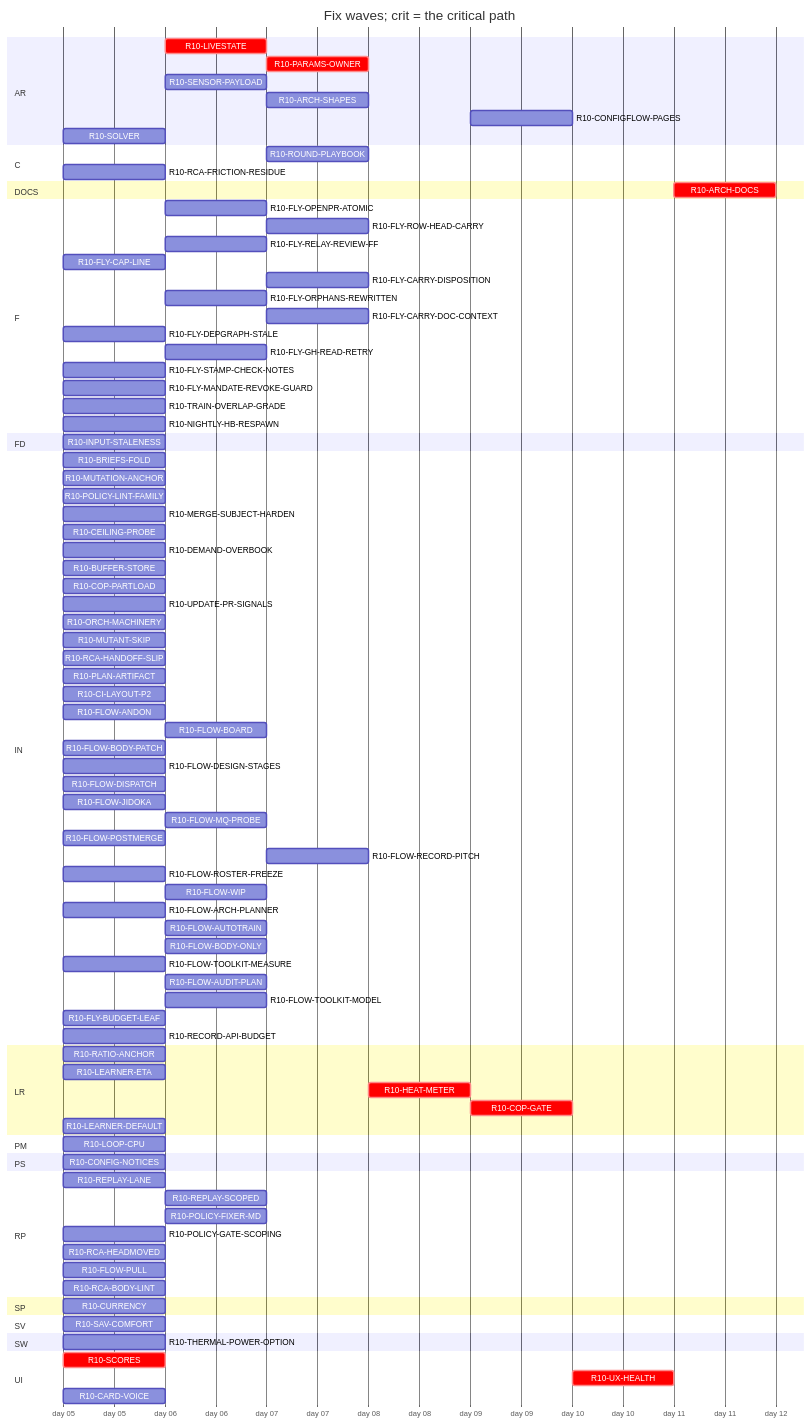
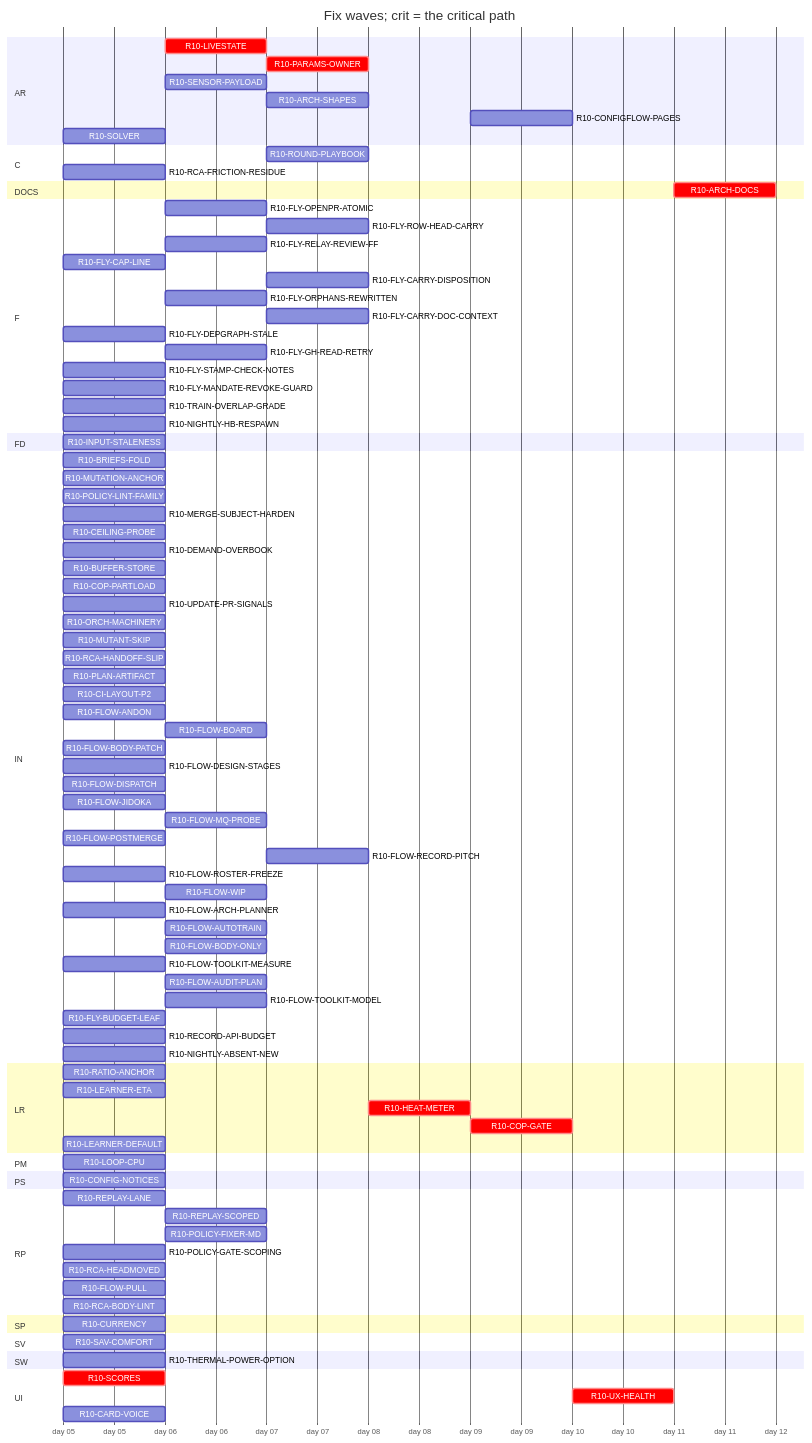
The diagram in handoff/round10/state/PLAN-TABLE.md (tvofi/heatpump_optimizer), drawn with Mermaid before and after one commit. The commit also changed other lines of this file and 2 other files, not shown here.

```diff
--- a/handoff/round10/state/PLAN-TABLE.md
+++ b/handoff/round10/state/PLAN-TABLE.md
@@ -91,6 +91,7 @@
     R10-FLOW-TOOLKIT-MODEL :r10FLOWTOOLKITMODEL, after r10ORCHMACHINERY r10FLOWTOOLKITMEASURE, 1d
     R10-FLY-BUDGET-LEAF :r10FLYBUDGETLEAF, 2026-01-05, 1d
     R10-RECORD-API-BUDGET :r10RECORDAPIBUDGET, 2026-01-05, 1d
+    R10-NIGHTLY-ABSENT-NEW :r10NIGHTLYABSENTNEW, 2026-01-05, 1d
   section LR
     R10-RATIO-ANCHOR :r10RATIOANCHOR, 2026-01-05, 1d
     R10-LEARNER-ETA :r10LEARNERETA, 2026-01-05, 1d
```
